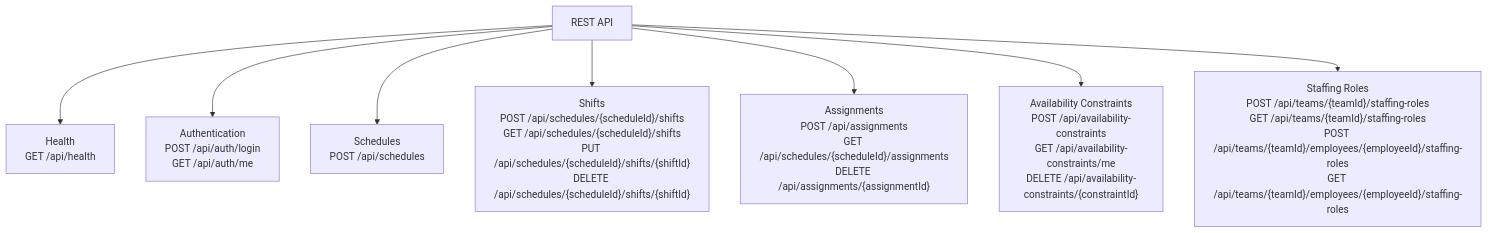
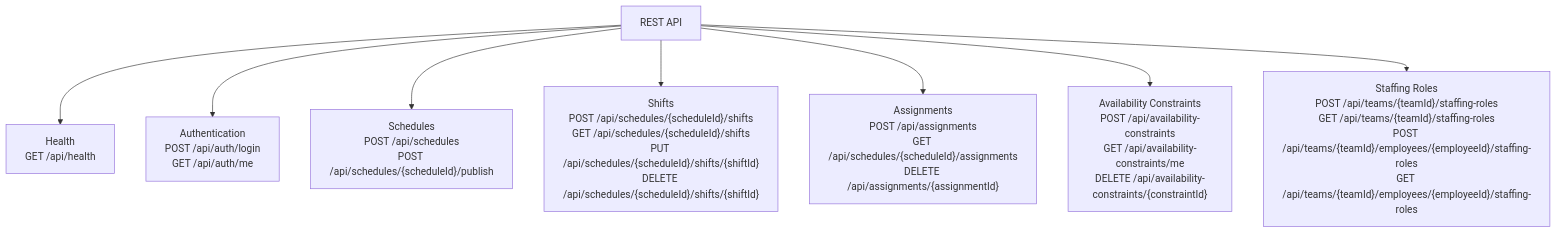
The fifth of 10 diagrams in docs/current-backend-architecture.md (HiliMor/shift-management-system), drawn with Mermaid before and after one commit. The commit also changed other lines of this file and 8 other files, not shown here.

Commit message:
Add schedule publish endpoint

````diff
--- a/docs/current-backend-architecture.md
+++ b/docs/current-backend-architecture.md
@@ -201,20 +201,20 @@
 ```mermaid
 flowchart TD
     api["REST API"]
 
     healthApi["Health<br/>GET /api/health"]
     authApi["Authentication<br/>POST /api/auth/login<br/>GET /api/auth/me"]
-    schedulesApi["Schedules<br/>POST /api/schedules"]
+    schedulesApi["Schedules<br/>POST /api/schedules<br/>POST /api/schedules/{scheduleId}/publish"]
     shiftsApi["Shifts<br/>POST /api/schedules/{scheduleId}/shifts<br/>GET /api/schedules/{scheduleId}/shifts<br/>PUT /api/schedules/{scheduleId}/shifts/{shiftId}<br/>DELETE /api/schedules/{scheduleId}/shifts/{shiftId}"]
     assignmentsApi["Assignments<br/>POST /api/assignments<br/>GET /api/schedules/{scheduleId}/assignments<br/>DELETE /api/assignments/{assignmentId}"]
     availabilityApi["Availability Constraints<br/>POST /api/availability-constraints<br/>GET /api/availability-constraints/me<br/>DELETE /api/availability-constraints/{constraintId}"]
     staffingApi["Staffing Roles<br/>POST /api/teams/{teamId}/staffing-roles<br/>GET /api/teams/{teamId}/staffing-roles<br/>POST /api/teams/{teamId}/employees/{employeeId}/staffing-roles<br/>GET /api/teams/{teamId}/employees/{employeeId}/staffing-roles"]
 
     api --> healthApi
     api --> authApi
     api --> schedulesApi
     api --> shiftsApi
     api --> assignmentsApi
     api --> availabilityApi
     api --> staffingApi
 ```
````
